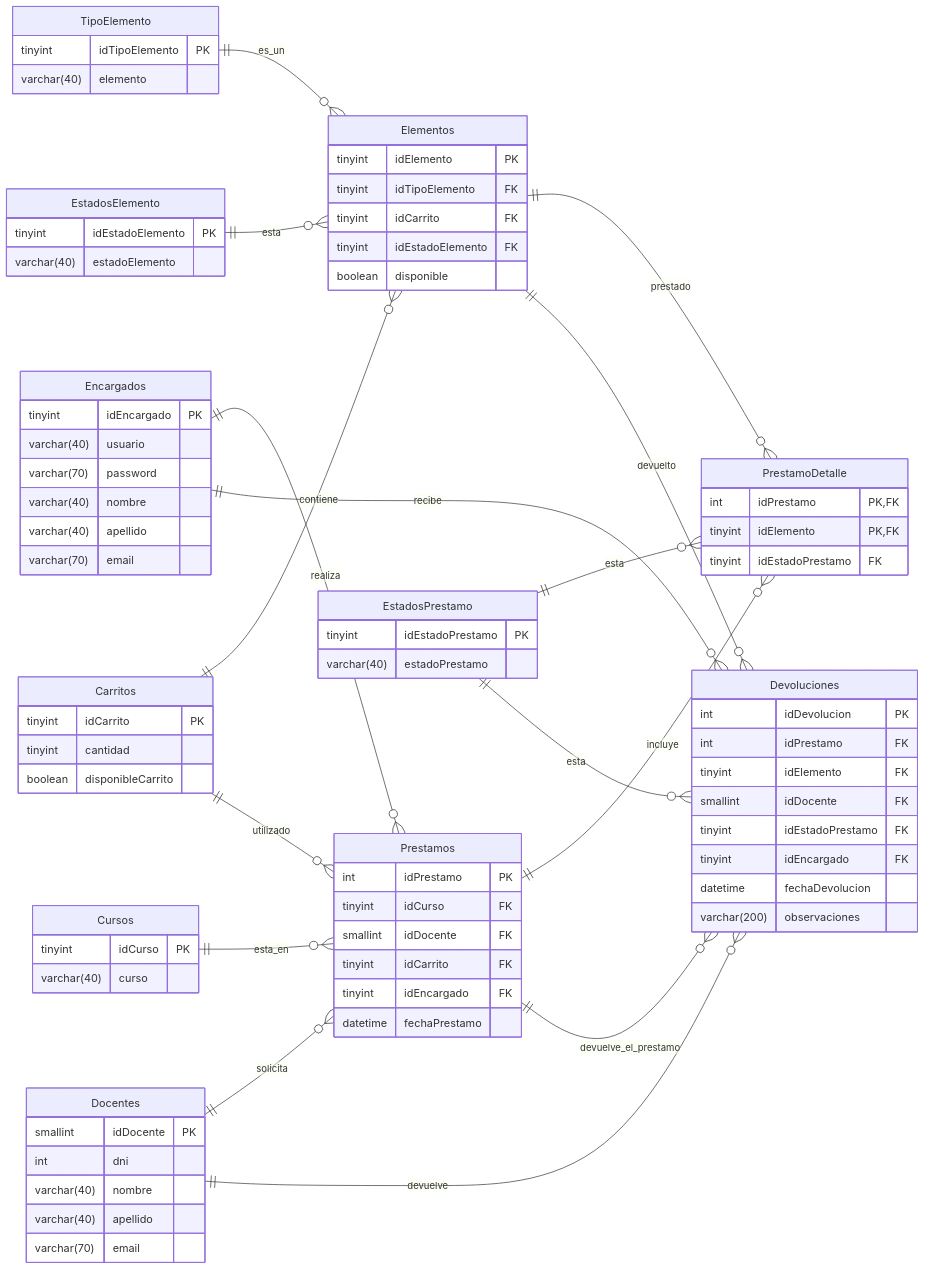
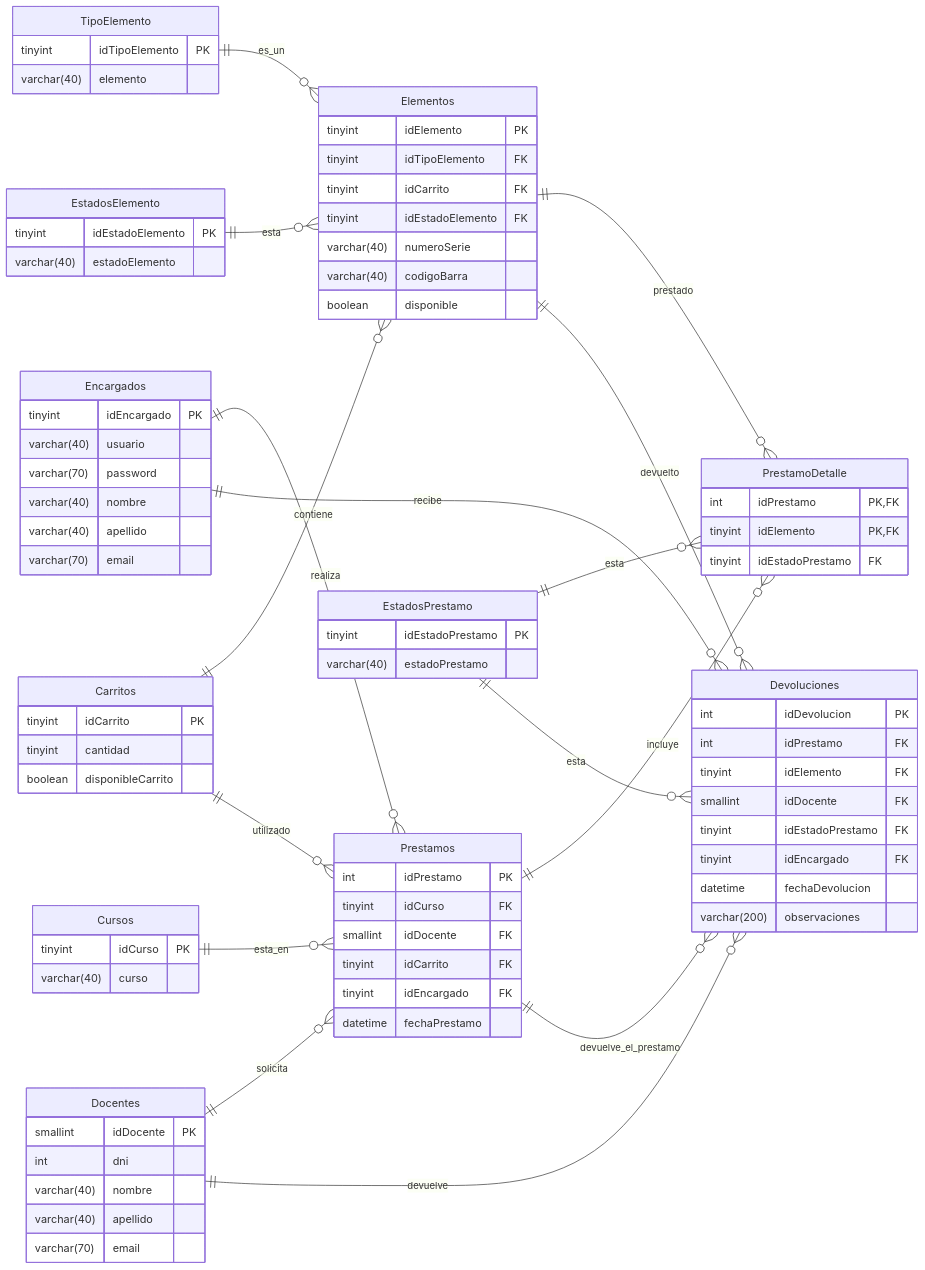
One commit to Misael-jk/Aula_Digital changed the diagram in Document/DiagramaDDL.md. Above: the diagram before and after it, drawn with Mermaid. The commit also changed 25 other files, not shown here.

```diff
--- a/Document/DiagramaDDL.md
+++ b/Document/DiagramaDDL.md
@@ -36,6 +36,8 @@
     tinyint      idTipoElemento     FK
     tinyint      idCarrito          FK
     tinyint      idEstadoElemento   FK
+    varchar(40)  numeroSerie
+    varchar(40)  codigoBarra
     boolean      disponible
 }
 
```
